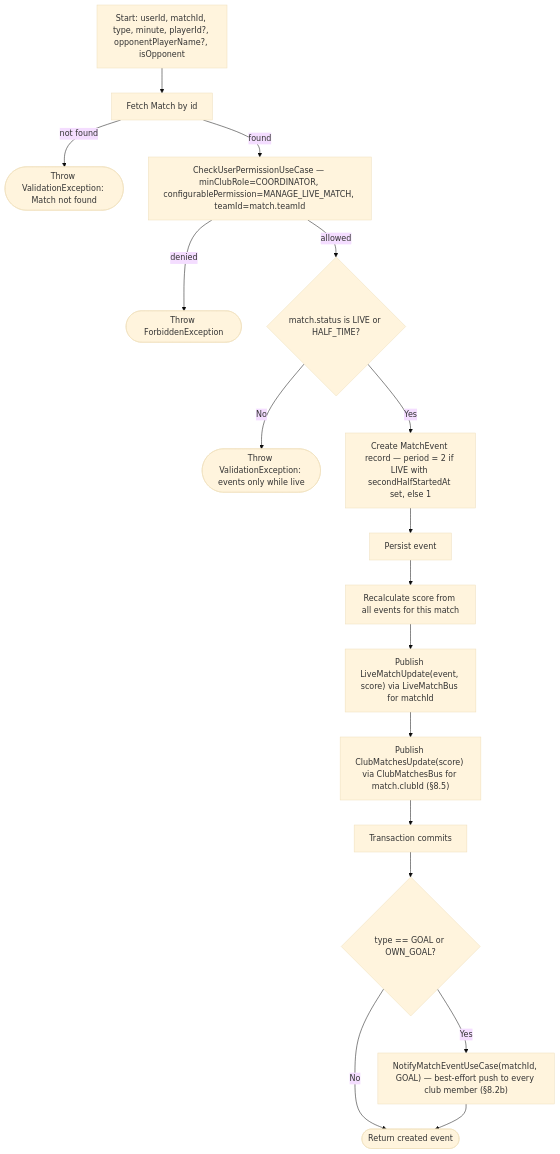
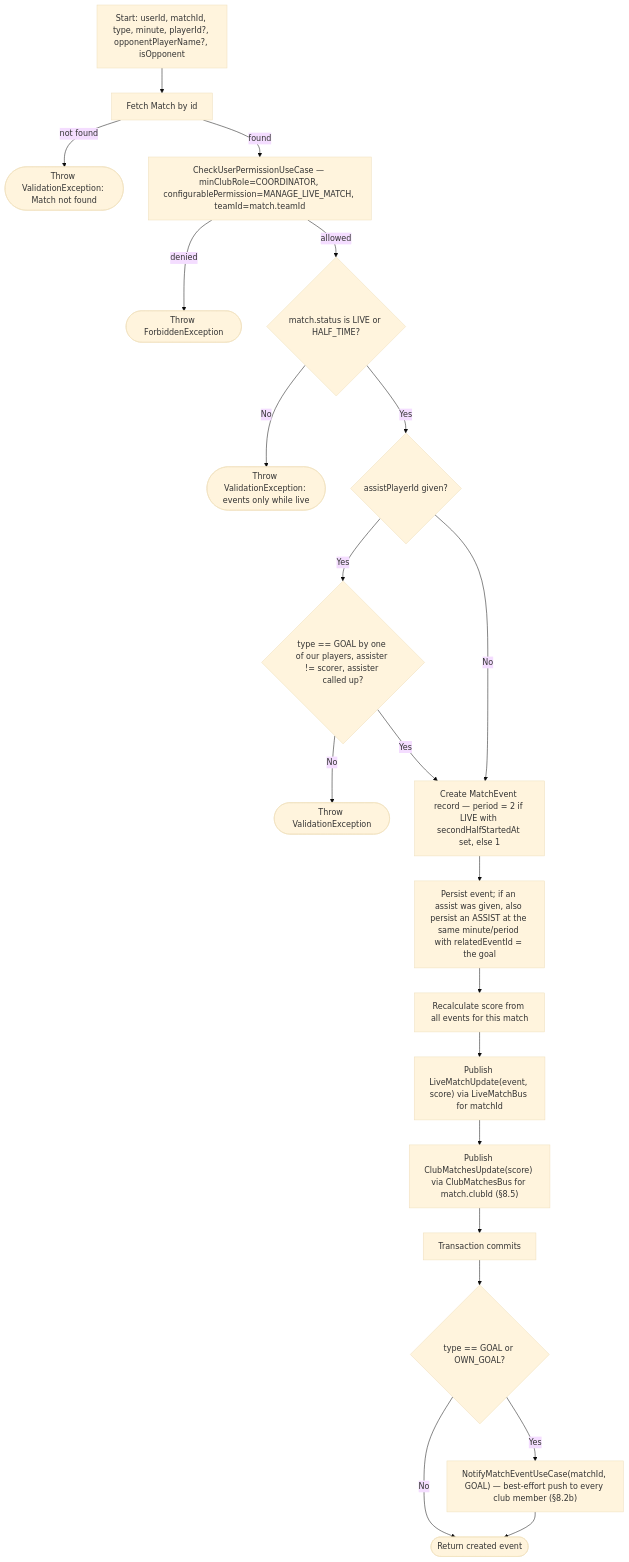
Diagram 44 of 60 in PROCESS_FLOWS.md (ricardofrango/squadify), drawn with Mermaid (base theme) before and after one commit. The commit also changed other lines of this file and 13 other files, not shown here.

First line of the commit message:
Attach an optional assist to a goal; remove the separate Assist action

````diff
--- a/PROCESS_FLOWS.md
+++ b/PROCESS_FLOWS.md
@@ -985,19 +985,23 @@
 ```mermaid
 graph TD
     A[Start: userId, matchId, type, minute, playerId?, opponentPlayerName?, isOpponent] --> B[Fetch Match by id]
     B -- not found --> V(["Throw ValidationException: Match not found"])
     B -- found --> C[CheckUserPermissionUseCase — minClubRole=COORDINATOR, configurablePermission=MANAGE_LIVE_MATCH, teamId=match.teamId]
     C -- denied --> F(["Throw ForbiddenException"])
     C -- allowed --> LV{"match.status is LIVE or HALF_TIME?"}
     LV -- No --> VL(["Throw ValidationException: events only while live"])
-    LV -- Yes --> D["Create MatchEvent record — period = 2 if LIVE with secondHalfStartedAt set, else 1"]
-    D --> E[Persist event]
+    LV -- Yes --> AS{"assistPlayerId given?"}
+    AS -- Yes --> AV{"type == GOAL by one of our players, assister != scorer, assister called up?"}
+    AV -- No --> VA(["Throw ValidationException"])
+    AV -- Yes --> D
+    AS -- No --> D["Create MatchEvent record — period = 2 if LIVE with secondHalfStartedAt set, else 1"]
+    D --> E["Persist event; if an assist was given, also persist an ASSIST at the same minute/period with relatedEventId = the goal"]
     E --> G["Recalculate score from all events for this match"]
     G --> H["Publish LiveMatchUpdate(event, score) via LiveMatchBus for matchId"]
     H --> H2["Publish ClubMatchesUpdate(score) via ClubMatchesBus for match.clubId (§8.5)"]
     H2 --> I["Transaction commits"]
     I --> J{"type == GOAL or OWN_GOAL?"}
     J -- Yes --> K["NotifyMatchEventUseCase(matchId, GOAL) — best-effort push to every club member (§8.2b)"]
     J -- No --> Z
     K --> Z(["Return created event"])
 ```
````
